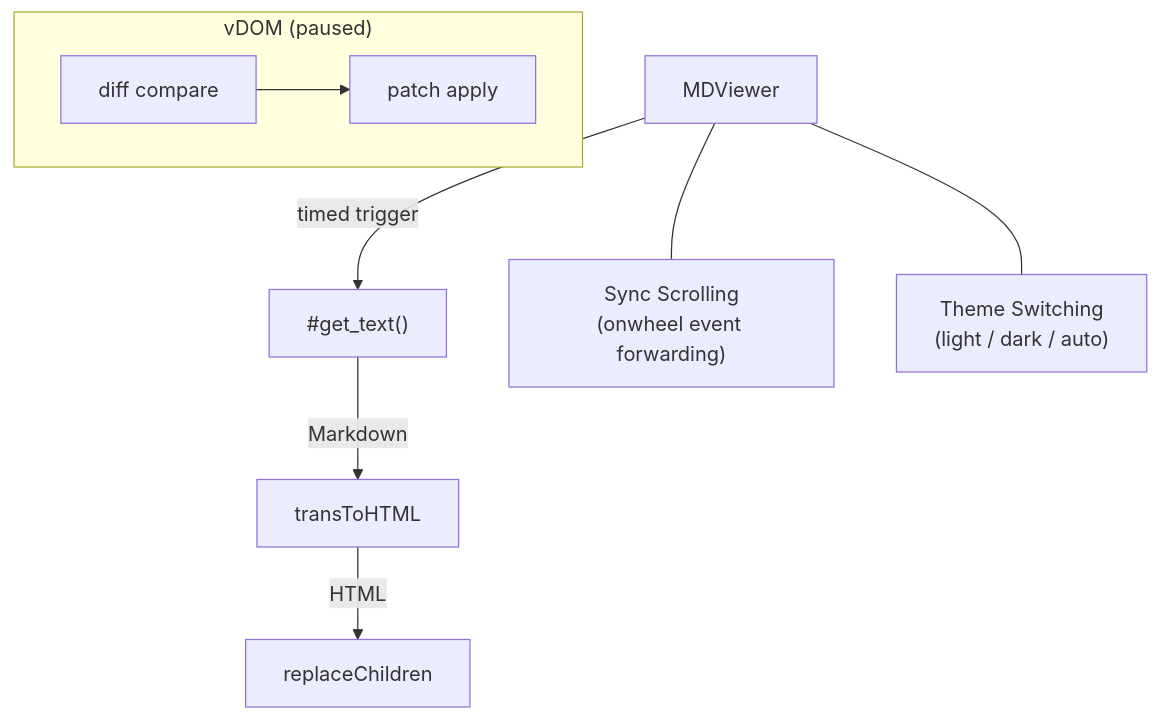
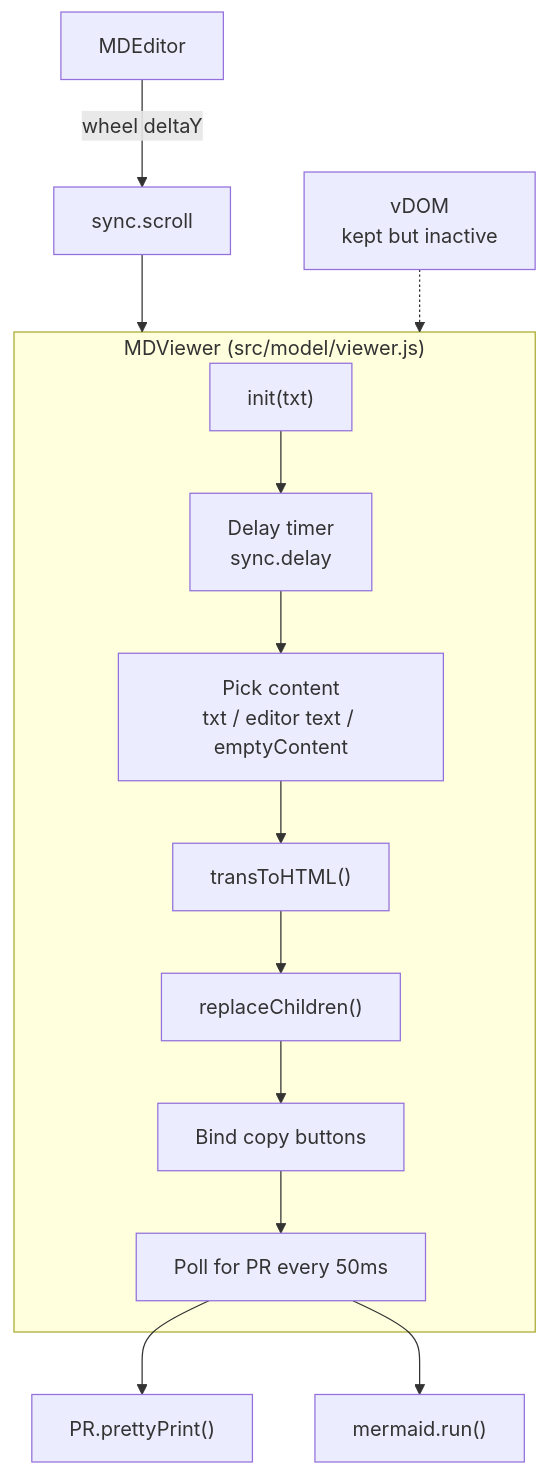
The third of 7 diagrams in doc/architecture.md (pardnchiu/NanoMD), drawn with Mermaid before and after one commit. The commit also changed other lines of this file and 8 other files, not shown here.

````diff
--- a/doc/architecture.md
+++ b/doc/architecture.md
@@ -60,15 +54,19 @@
 ```mermaid
 graph TB
-    Viewer[MDViewer]
-    Viewer -->|"timed trigger"| GetText["#get_text()"]
-    GetText -->|"Markdown"| Trans[transToHTML]
-    Trans -->|"HTML"| Render[replaceChildren]
-    Viewer --- Scroll["Sync Scrolling<br/>(onwheel event forwarding)"]
-    Viewer --- Theme["Theme Switching<br/>(light / dark / auto)"]
-
-    subgraph VDOM["vDOM (paused)"]
-        Diff["diff compare"]
-        Patch["patch apply"]
-        Diff --> Patch
+    subgraph MDViewer["MDViewer (src/model/viewer.js)"]
+        Init["init(txt)"]
+        Timer[Delay timer<br/>sync.delay]
+        Pick[Pick content<br/>txt / editor text / emptyContent]
+        Replace["replaceChildren()"]
+        Copy[Bind copy buttons]
+        Poll[Poll for PR every 50ms]
+        Init --> Timer --> Pick
+        Pick --> Trans["transToHTML()"]
+        Trans --> Replace --> Copy --> Poll
     end
+    Editor[MDEditor] -->|wheel deltaY| Scroll[sync.scroll]
+    Scroll --> MDViewer
+    Poll --> PR["PR.prettyPrint()"]
+    Poll --> Mermaid["mermaid.run()"]
+    VDOM[vDOM<br/>kept but inactive] -.-> MDViewer
 ```
````
